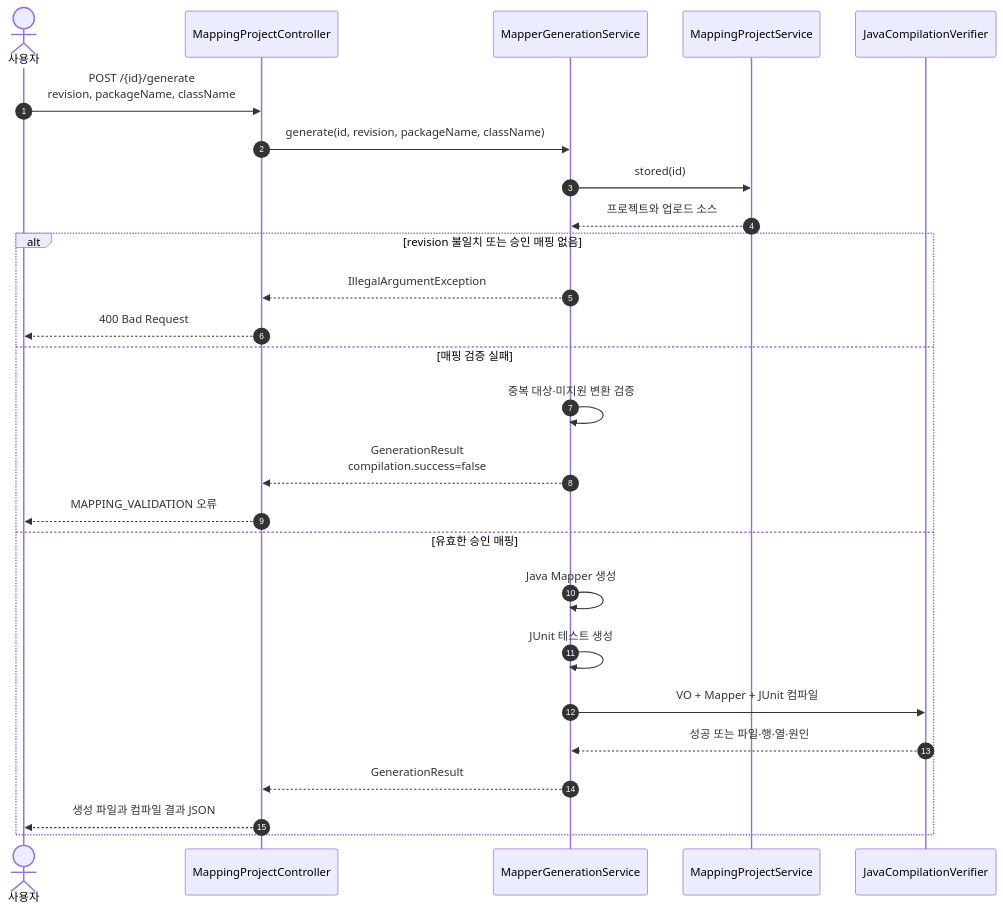
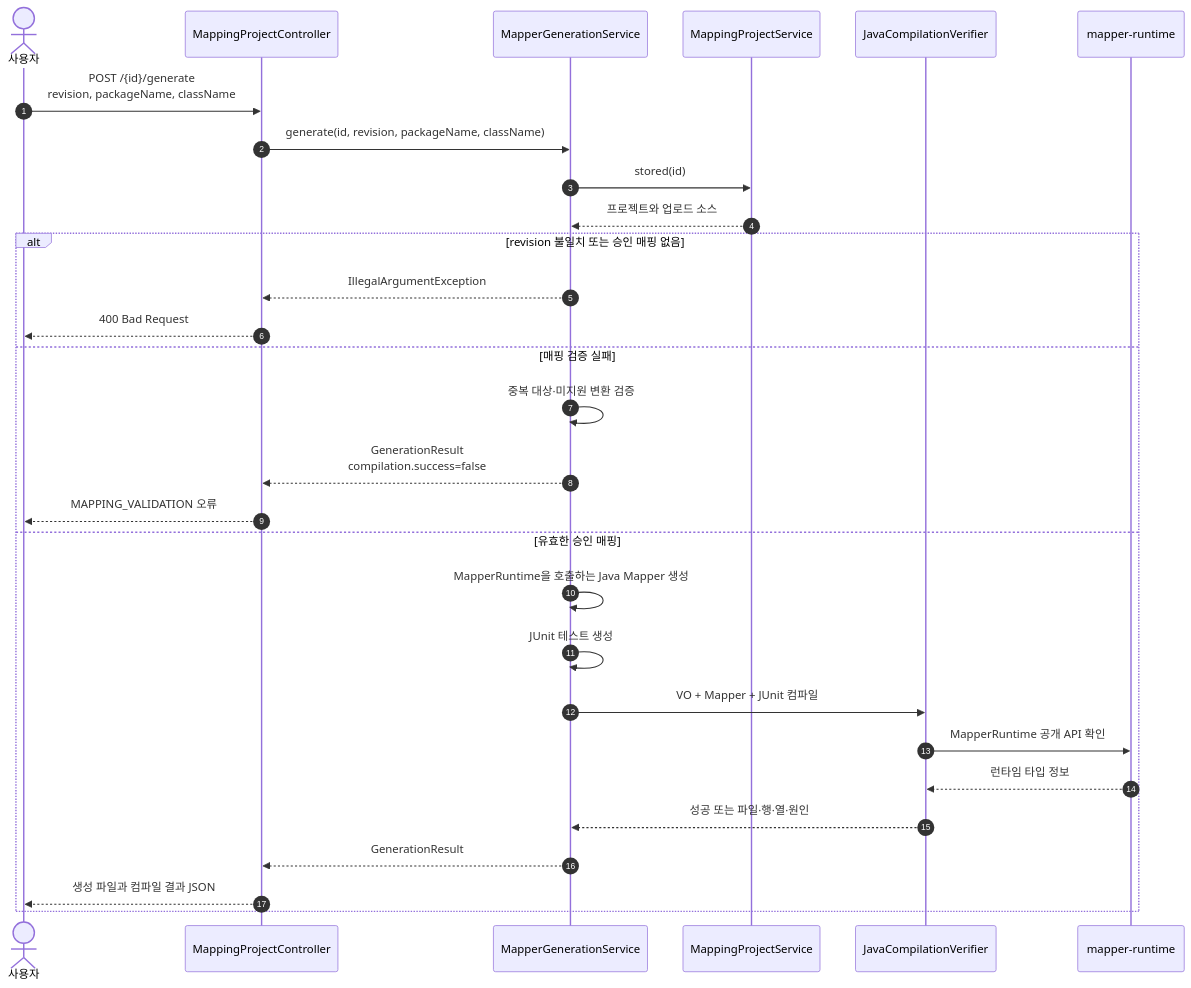
The third of 5 diagrams in docs/architecture/mapping-sequence.md (solbin23/autoMapping), drawn with Mermaid before and after one commit. The commit also changed other lines of this file and 10 other files, not shown here.

````diff
--- a/docs/architecture/mapping-sequence.md
+++ b/docs/architecture/mapping-sequence.md
@@ -124,30 +124,33 @@
 ```mermaid
 sequenceDiagram
     autonumber
     actor User as 사용자
     participant API as MappingProjectController
     participant Generator as MapperGenerationService
     participant Project as MappingProjectService
     participant Compiler as JavaCompilationVerifier
+    participant Runtime as mapper-runtime
 
     User->>API: POST /{id}/generate<br/>revision, packageName, className
     API->>Generator: generate(id, revision, packageName, className)
     Generator->>Project: stored(id)
     Project-->>Generator: 프로젝트와 업로드 소스
 
     alt revision 불일치 또는 승인 매핑 없음
         Generator-->>API: IllegalArgumentException
         API-->>User: 400 Bad Request
     else 매핑 검증 실패
         Generator->>Generator: 중복 대상·미지원 변환 검증
         Generator-->>API: GenerationResult<br/>compilation.success=false
         API-->>User: MAPPING_VALIDATION 오류
     else 유효한 승인 매핑
-        Generator->>Generator: Java Mapper 생성
+        Generator->>Generator: MapperRuntime을 호출하는 Java Mapper 생성
         Generator->>Generator: JUnit 테스트 생성
         Generator->>Compiler: VO + Mapper + JUnit 컴파일
+        Compiler->>Runtime: MapperRuntime 공개 API 확인
+        Runtime-->>Compiler: 런타임 타입 정보
         Compiler-->>Generator: 성공 또는 파일·행·열·원인
         Generator-->>API: GenerationResult
         API-->>User: 생성 파일과 컴파일 결과 JSON
     end
 ```
````
